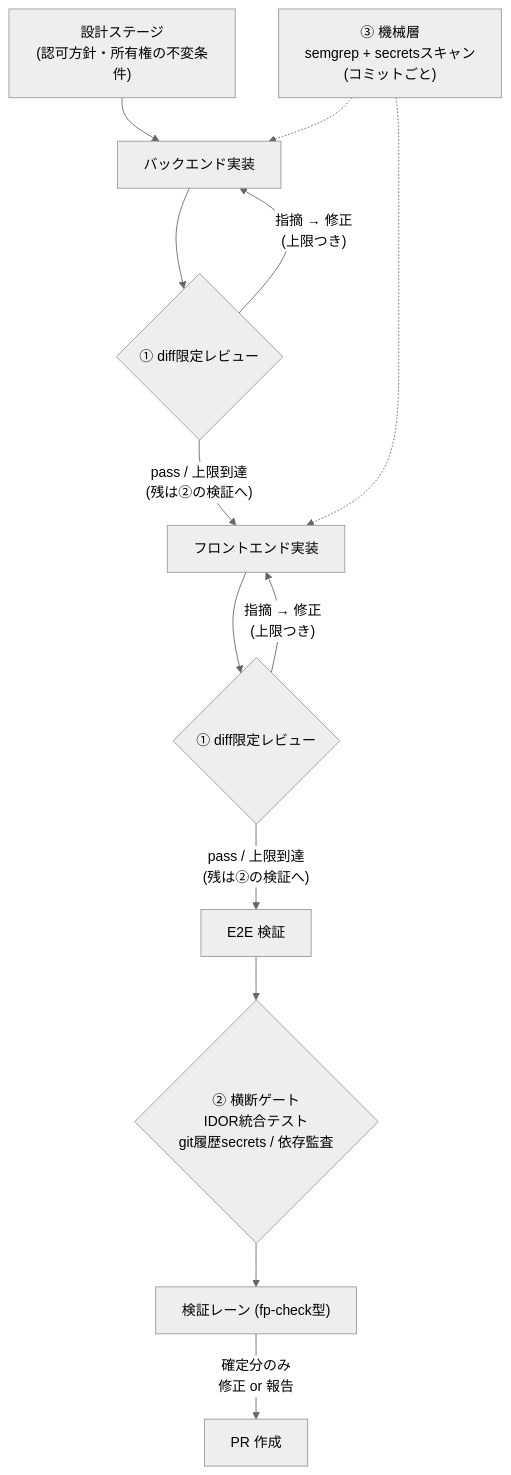
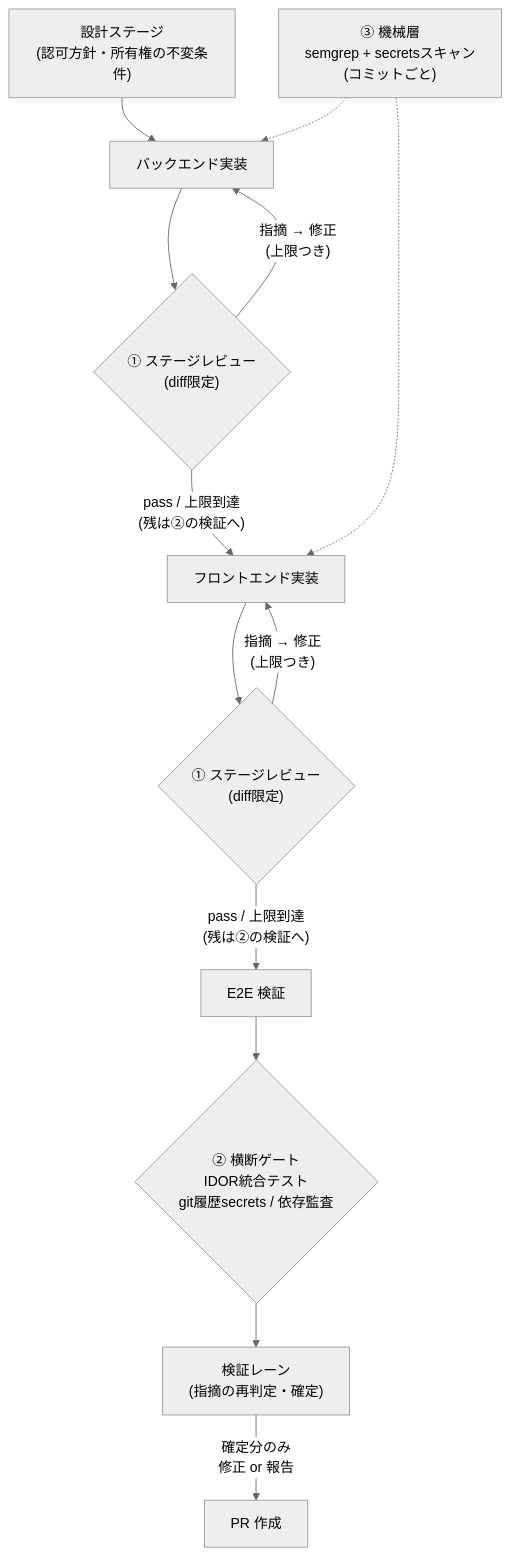
The diagram in articles/20260724-d13745952c41e2.md (t-mizumoto1203/zenn-tech-blog), drawn with Mermaid (neutral theme) before and after one commit. The commit also changed other lines of this file, not shown here.

````diff
--- a/articles/20260724-d13745952c41e2.md
+++ b/articles/20260724-d13745952c41e2.md
@@ -97,15 +97,15 @@
 ```mermaid
 flowchart TD
     D["設計ステージ<br>(認可方針・所有権の不変条件)"] --> B["バックエンド実装"]
-    B --> BR{"① diff限定レビュー"}
+    B --> BR{"① ステージレビュー<br>(diff限定)"}
     BR -->|"指摘 → 修正<br>(上限つき)"| B
     BR -->|"pass / 上限到達<br>(残は②の検証へ)"| F["フロントエンド実装"]
-    F --> FR{"① diff限定レビュー"}
+    F --> FR{"① ステージレビュー<br>(diff限定)"}
     FR -->|"指摘 → 修正<br>(上限つき)"| F
     FR -->|"pass / 上限到達<br>(残は②の検証へ)"| E["E2E 検証"]
     E --> G{"② 横断ゲート<br>IDOR統合テスト<br>git履歴secrets / 依存監査"}
-    G --> V["検証レーン (fp-check型)"]
+    G --> V["検証レーン<br>(指摘の再判定・確定)"]
     V -->|"確定分のみ<br>修正 or 報告"| P["PR 作成"]
     M["③ 機械層<br>semgrep + secretsスキャン<br>(コミットごと)"] -.-> B
     M -.-> F
 ```
````
